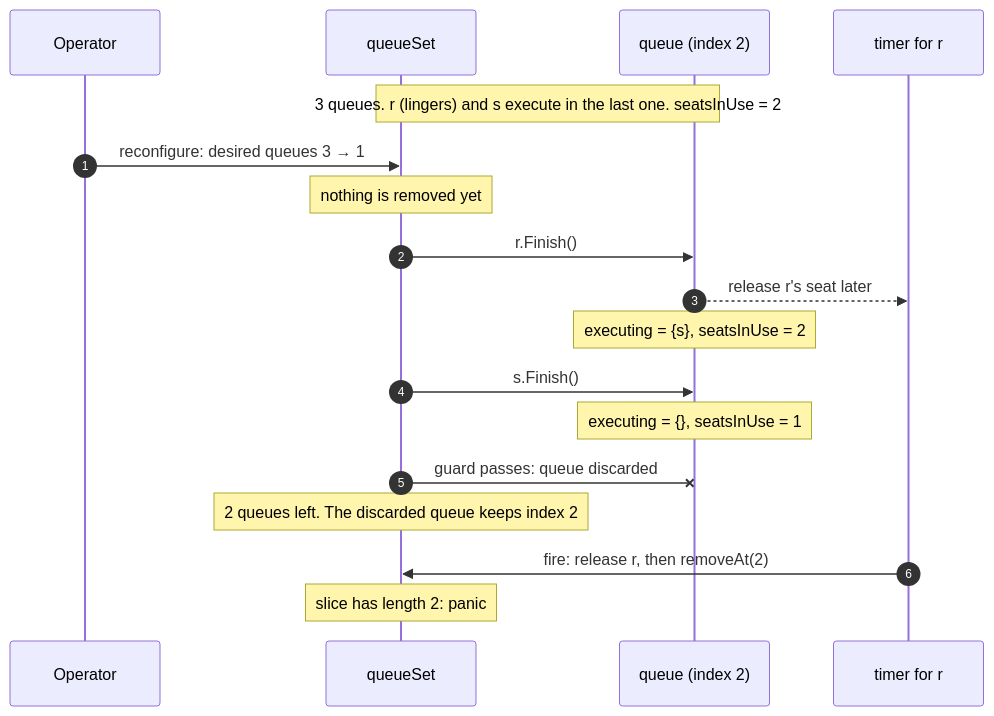
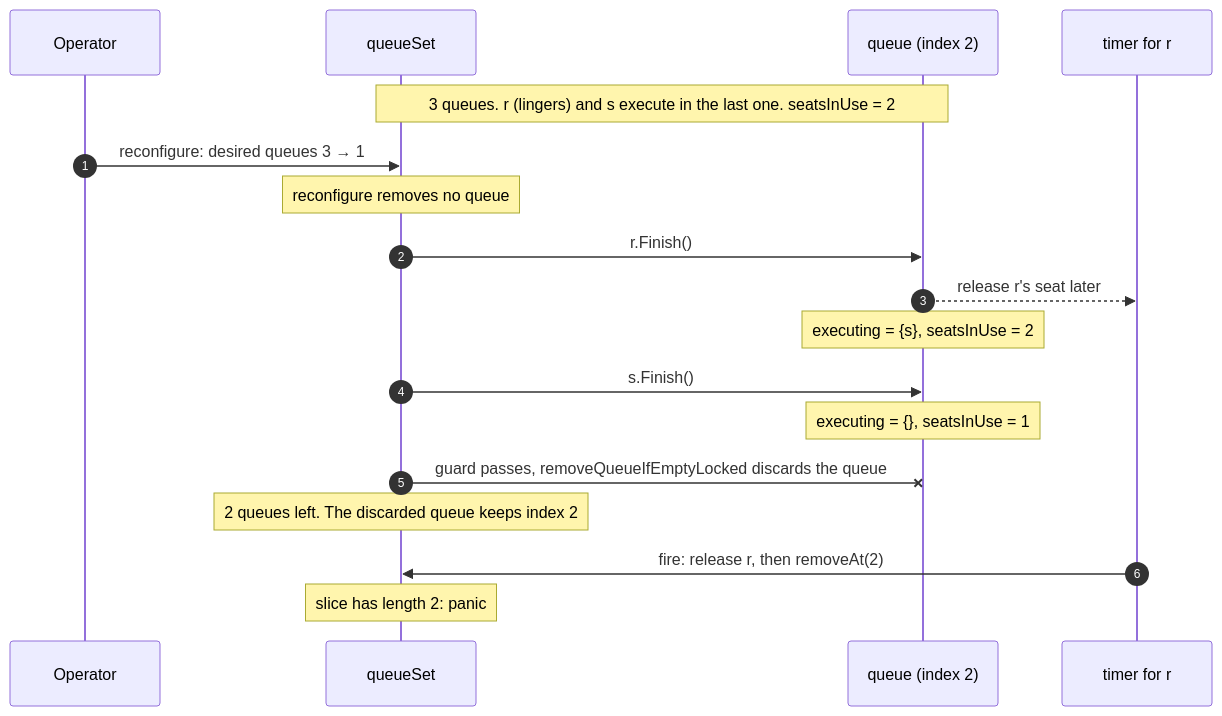
Before and after one commit to Functorial-Inc/k8s-apf-formalized: the second of 4 diagrams in README.md, drawn with Mermaid. The commit also changed other lines of this file and 27 other files, not shown here.

````diff
--- a/README.md
+++ b/README.md
@@ -85,20 +85,20 @@
 ```mermaid
 sequenceDiagram
     autonumber
     participant Op as Operator
     participant QS as queueSet
     participant Q2 as queue (index 2)
     participant T as timer for r
     Note over QS,Q2: 3 queues. r (lingers) and s execute in the last one. seatsInUse = 2
     Op->>QS: reconfigure: desired queues 3 → 1
-    Note over QS: nothing is removed yet
+    Note over QS: reconfigure removes no queue
     QS->>Q2: r.Finish()
     Q2-->>T: release r's seat later
     Note over Q2: executing = {s}, seatsInUse = 2
     QS->>Q2: s.Finish()
     Note over Q2: executing = {}, seatsInUse = 1
-    QS-xQ2: guard passes: queue discarded
+    QS-xQ2: guard passes, removeQueueIfEmptyLocked discards the queue
     Note over QS: 2 queues left. The discarded queue keeps index 2
     T->>QS: fire: release r, then removeAt(2)
     Note over QS: slice has length 2: panic
 ```
````
